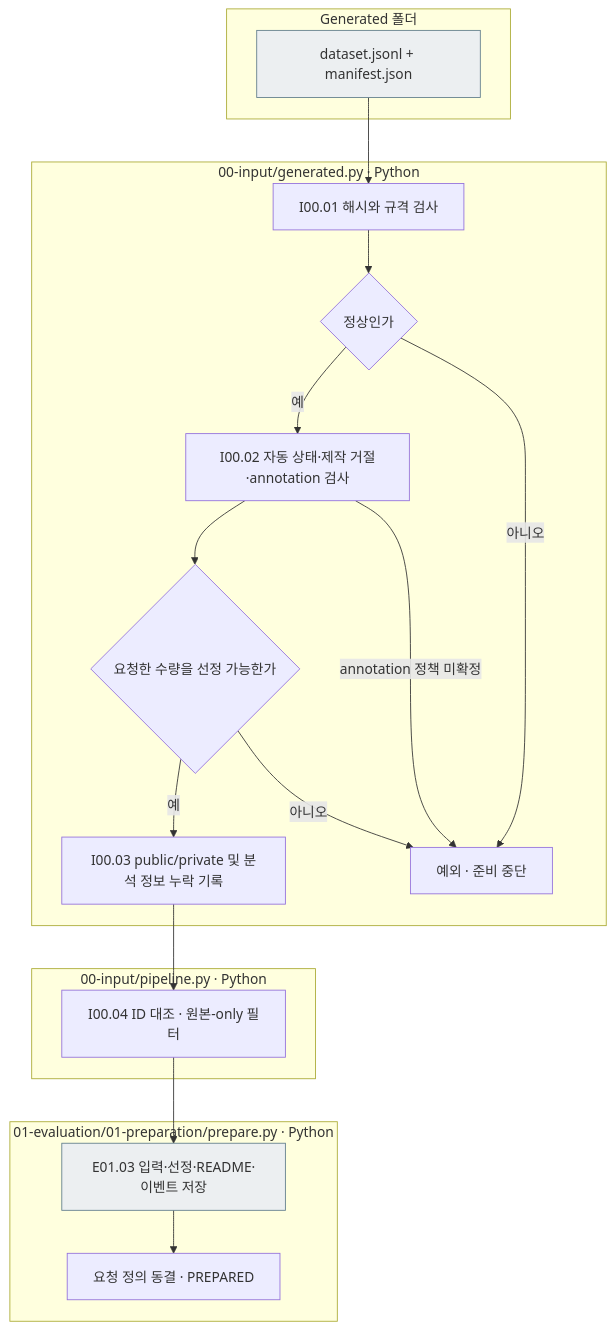
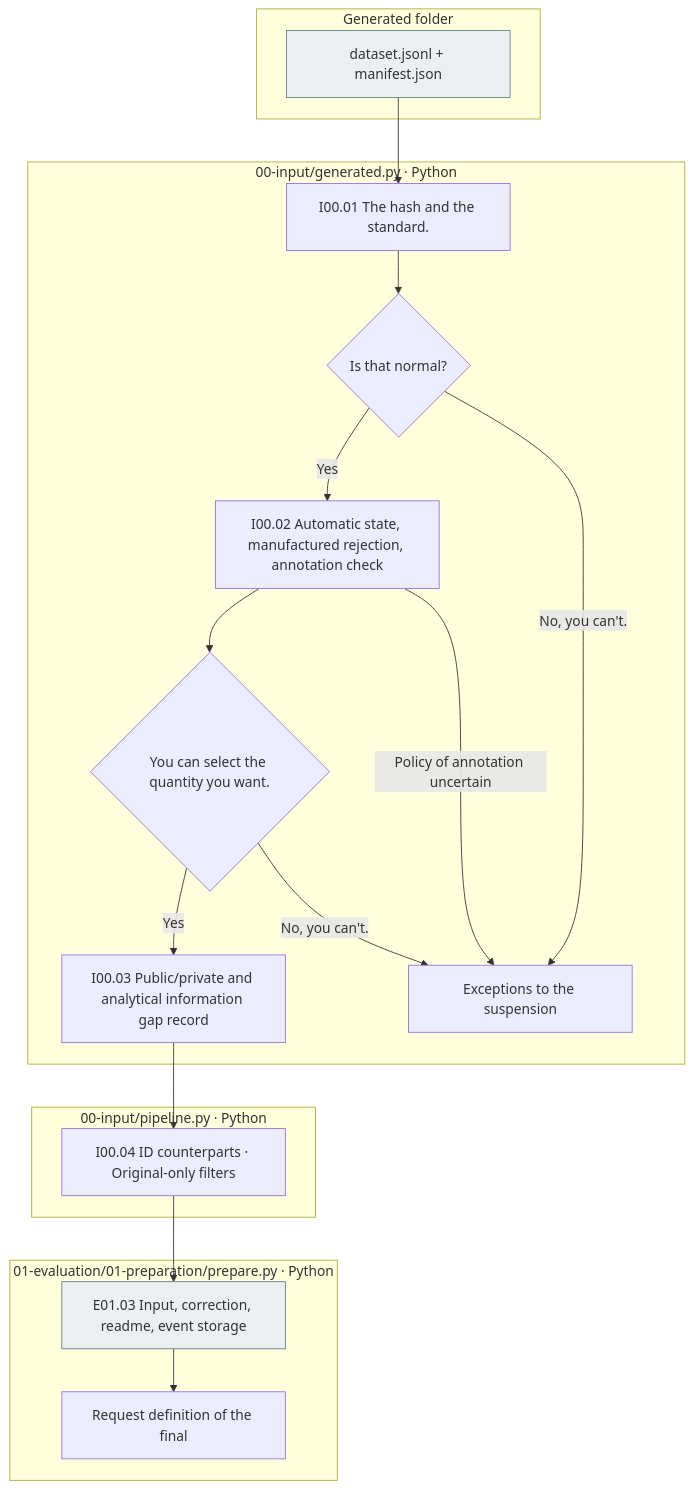
Before and after one commit to pnu-clink/finject: the diagram in src/finarch/documentation/templates/stages/02-experiments/00_input/README.md, drawn with Mermaid. The commit also changed other lines of this file and 644 other files, not shown here.

````diff
--- a/src/finarch/documentation/templates/stages/02-experiments/00_input/README.md
+++ b/src/finarch/documentation/templates/stages/02-experiments/00_input/README.md
@@ -43,25 +43,25 @@
 ```mermaid
 flowchart TD
- subgraph files[Generated 폴더]
+ subgraph files[Generated folder]
   D[dataset.jsonl + manifest.json]
  end
  subgraph reader[00-input/generated.py · Python]
-  A[I00.01 해시와 규격 검사] --> B{정상인가}
-  B -->|예| C[I00.02 자동 상태·제작 거절·annotation 검사]
-  C --> E{요청한 수량을 선정 가능한가}
-  E -->|예| F[I00.03 public/private 및 분석 정보 누락 기록]
-  B -->|아니오| X[예외 · 준비 중단]
-  C -->|annotation 정책 미확정| X
-  E -->|아니오| X
+  A[I00.01 The hash and the standard.] --> B{Is that normal?}
+  B -->|Yes| C[I00.02 Automatic state, manufactured rejection, annotation check]
+  C --> E{You can select the quantity you want.}
+  E -->|Yes| F[I00.03 Public/private and analytical information gap record]
+  B -->|No, you can't.| X[Exceptions to the suspension]
+  C -->|Policy of annotation uncertain| X
+  E -->|No, you can't.| X
  end
  subgraph boundary[00-input/pipeline.py · Python]
-  F --> G[I00.04 ID 대조 · 원본-only 필터]
+  F --> G[I00.04 ID counterparts · Original-only filters]
  end
  subgraph prepare[01-evaluation/01-preparation/prepare.py · Python]
-  G --> H[E01.03 입력·선정·README·이벤트 저장]
-  H --> J[요청 정의 동결 · PREPARED]
+  G --> H[E01.03 Input, correction, readme, event storage]
+  H --> J[Request definition of the final]
  end
  D --> A
  classDef file fill:#eceff1,stroke:#607d8b
  class D,H file
 ```
````
